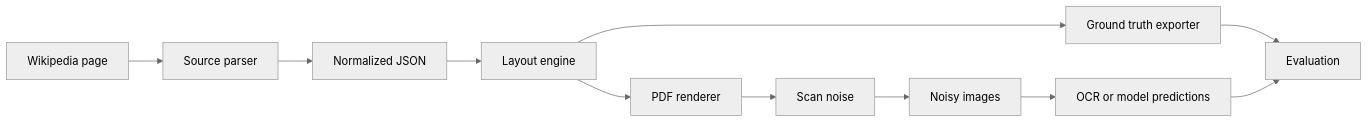
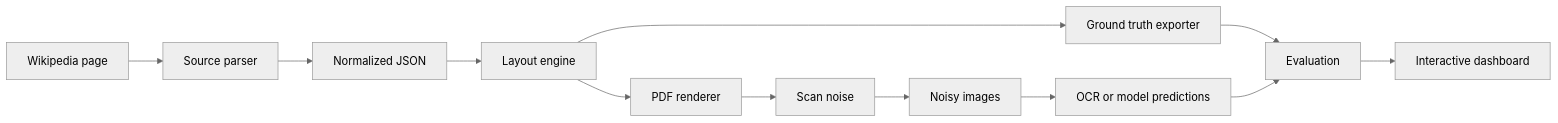
The first of 2 diagrams in tutorials/architecture.md (vorobev-danila/PolyDocBench), drawn with Mermaid (neutral theme) before and after one commit. The commit also changed other lines of this file and 21 other files, not shown here.

````diff
--- a/tutorials/architecture.md
+++ b/tutorials/architecture.md
@@ -7,13 +7,14 @@
 ```mermaid
 flowchart LR
     A[Wikipedia page] --> B[Source parser]
     B --> C[Normalized JSON]
     C --> D[Layout engine]
     D --> E[PDF renderer]
     D --> F[Ground truth exporter]
     E --> G[Scan noise]
     G --> H[Noisy images]
     F --> I[Evaluation]
     H --> J[OCR or model predictions]
     J --> I
+    I --> K[Interactive dashboard]
 ```
````
